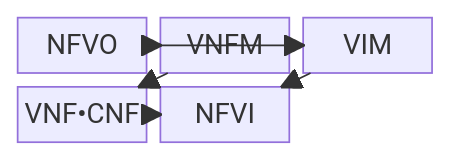
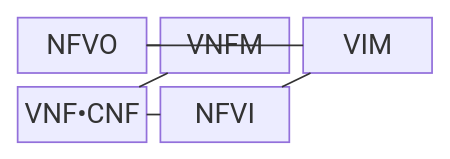
One commit to agnusdei1207/knowledge-base changed the first of 2 diagrams in src/content/docs/notes/04-network/057_network_functions_virtualization.md. Above: the diagram before and after it, drawn with Mermaid. The commit also changed other lines of this file and 493 other files, not shown here.

````diff
--- a/src/content/docs/notes/04-network/057_network_functions_virtualization.md
+++ b/src/content/docs/notes/04-network/057_network_functions_virtualization.md
@@ -67,14 +67,14 @@
 ```mermaid
 block-beta
     columns 3
     A["NFVO"]
     B["VNFM"]
     C["VIM"]
     D["VNF•CNF"]
     E["NFVI"]
-    A --> B
-    A --> C
-    B --> D
-    C --> E
-    D --> E
+    A --- B
+    A --- C
+    B --- D
+    C --- E
+    D --- E
 ```
````
